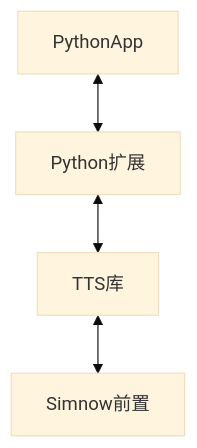
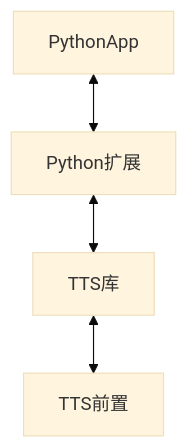
The diagram in README.md (Jedore/openctp-tts-python), drawn with Mermaid (base theme) before and after one commit. The commit also changed other lines of this file and 95 other files, not shown here.

````diff
--- a/README.md
+++ b/README.md
@@ -72,6 +96,6 @@
 ```mermaid 
 graph TD;     
   PythonApp<-->Python扩展;     
   Python扩展<-->TTS库;     
-  TTS库<-->Simnow前置;     
+  TTS库<-->TTS前置;     
 ```
````
